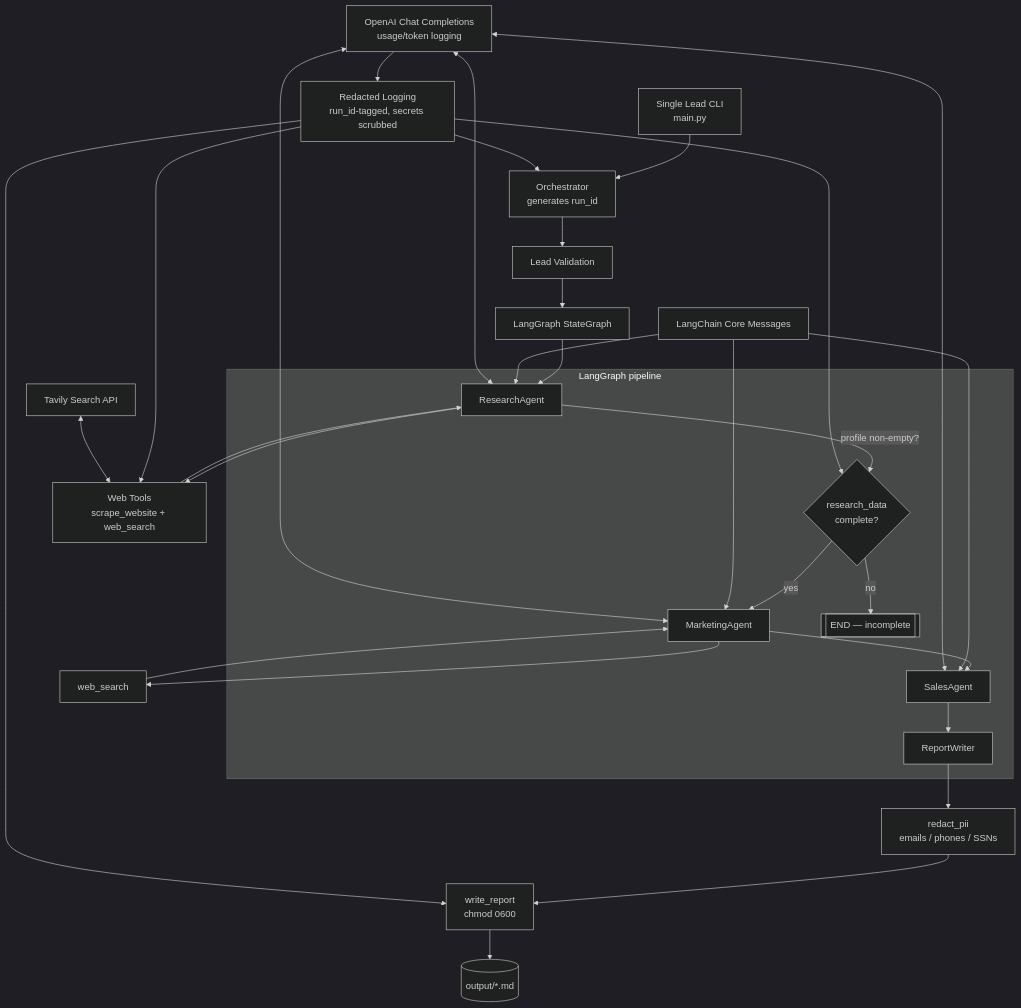
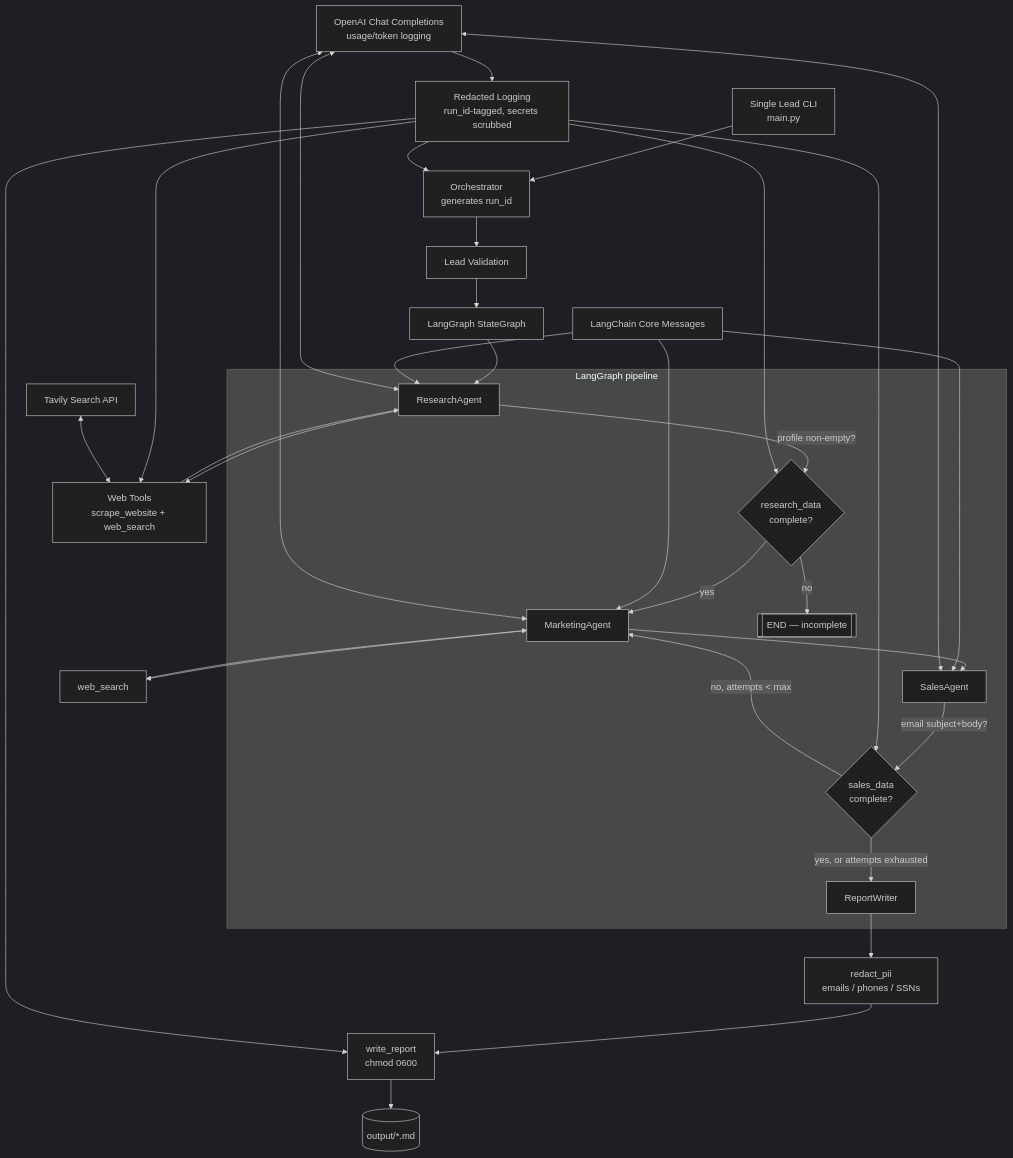
The diagram in docs/architecture.md (jrrene7/COA-Agent), drawn with Mermaid (dark theme) before and after one commit. The commit also changed other lines of this file and 4 other files, not shown here.

Commit message:
updated diagram, added feedback loop

````diff
--- a/docs/architecture.md
+++ b/docs/architecture.md
@@ -5,39 +5,42 @@
 ```mermaid
 flowchart TD
     CLI[Single Lead CLI<br/>main.py] --> ORCH[Orchestrator<br/>generates run_id]
     ORCH --> VALIDATE[Lead Validation]
     VALIDATE --> MACHINE[LangGraph StateGraph]
 
     subgraph GRAPH[LangGraph pipeline]
         RESEARCH[ResearchAgent] -->|"profile non-empty?"| ROUTE{research_data<br/>complete?}
         ROUTE -->|yes| MARKETING[MarketingAgent]
         ROUTE -->|no| ABORT[[END — incomplete]]
         MARKETING --> SALES[SalesAgent]
-        SALES --> REPORT[ReportWriter]
+        SALES -->|"email subject+body?"| ROUTE2{sales_data<br/>complete?}
+        ROUTE2 -->|"no, attempts < max"| MARKETING
+        ROUTE2 -->|"yes, or attempts exhausted"| REPORT[ReportWriter]
     end
 
     MACHINE --> RESEARCH
     RESEARCH --> WEBTOOLS[Web Tools<br/>scrape_website + web_search]
     WEBTOOLS --> RESEARCH
     MARKETING --> SEARCH[web_search]
     SEARCH --> MARKETING
 
     REPORT --> REDACT[redact_pii<br/>emails / phones / SSNs]
     REDACT --> FILETOOL[write_report<br/>chmod 0600]
     FILETOOL --> OUTPUT[(output/*.md)]
 
     MSG[LangChain Core Messages] --> RESEARCH
     MSG --> MARKETING
     MSG --> SALES
 
     LOG[Redacted Logging<br/>run_id-tagged, secrets scrubbed] --> ORCH
     LOG --> ROUTE
+    LOG --> ROUTE2
     LOG --> WEBTOOLS
     LOG --> FILETOOL
 
     LLM[OpenAI Chat Completions<br/>usage/token logging] <--> RESEARCH
     LLM <--> MARKETING
     LLM <--> SALES
     LLM --> LOG
     TAVILY[Tavily Search API] <--> WEBTOOLS
 ```
````
